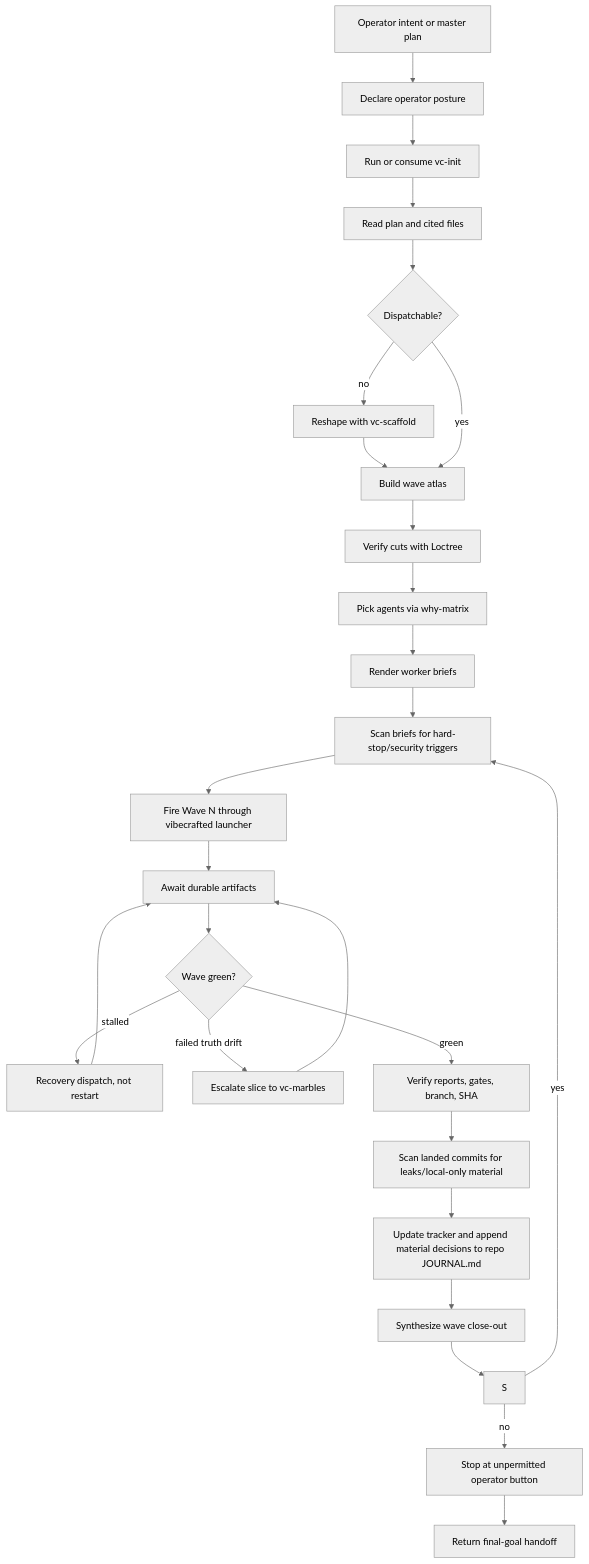
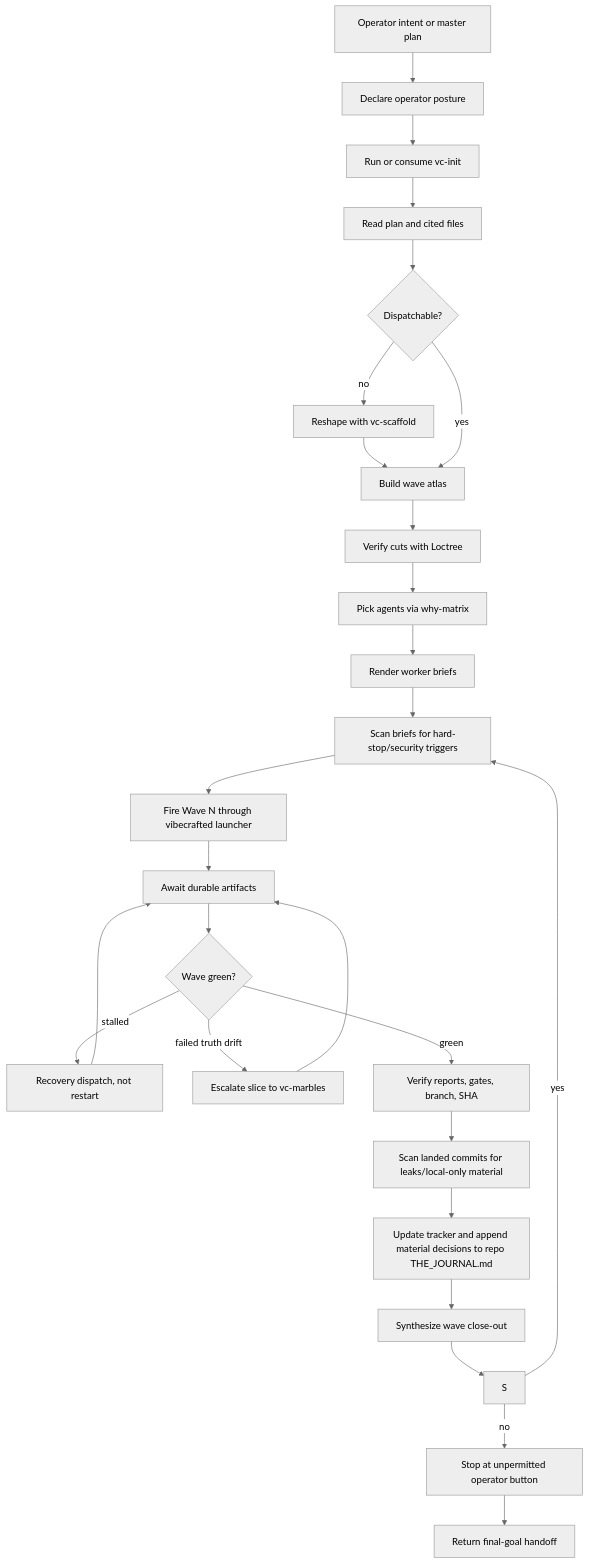
One commit to vetcoders/vibecrafted changed the diagram in vibecrafted-core/vibecrafted_core/skills/vc-operator/FLOW.md. Above: the diagram before and after it, drawn with Mermaid (neutral theme). The commit also changed other lines of this file and 18 other files, not shown here.

````diff
--- a/vibecrafted-core/vibecrafted_core/skills/vc-operator/FLOW.md
+++ b/vibecrafted-core/vibecrafted_core/skills/vc-operator/FLOW.md
@@ -10,30 +10,30 @@
 ```mermaid
 flowchart TD
     A[Operator intent or master plan] --> B[Declare operator posture]
     B --> C[Run or consume vc-init]
     C --> D[Read plan and cited files]
     D --> E{Dispatchable?}
     E -->|no| F[Reshape with vc-scaffold]
     F --> G[Build wave atlas]
     E -->|yes| G
 
     G --> H[Verify cuts with Loctree]
     H --> I[Pick agents via why-matrix]
     I --> J[Render worker briefs]
     J --> K[Scan briefs for hard-stop/security triggers]
     K --> L[Fire Wave N through vibecrafted launcher]
     L --> M[Await durable artifacts]
     M --> N{Wave green?}
     N -->|stalled| O[Recovery dispatch, not restart]
     O --> M
     N -->|failed truth drift| P[Escalate slice to vc-marbles]
     P --> M
     N -->|green| Q[Verify reports, gates, branch, SHA]
     Q --> R[Scan landed commits for leaks/local-only material]
-    R --> T[Update tracker and append material decisions to repo JOURNAL.md]
+    R --> T[Update tracker and append material decisions to repo THE_JOURNAL.md]
     T --> U[Synthesize wave close-out]
     U --> S
     S -->|yes| K
     S -->|no| V[Stop at unpermitted operator button]
     V --> W[Return final-goal handoff]
 ```
````
